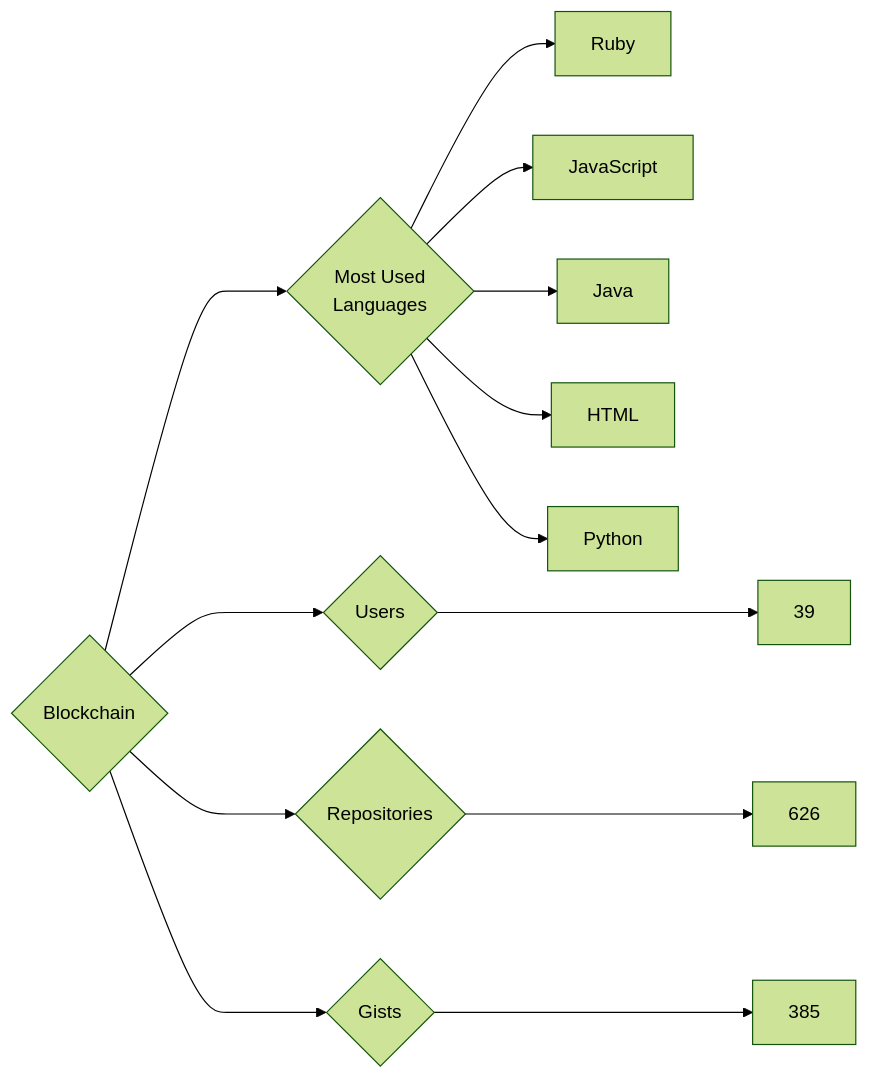
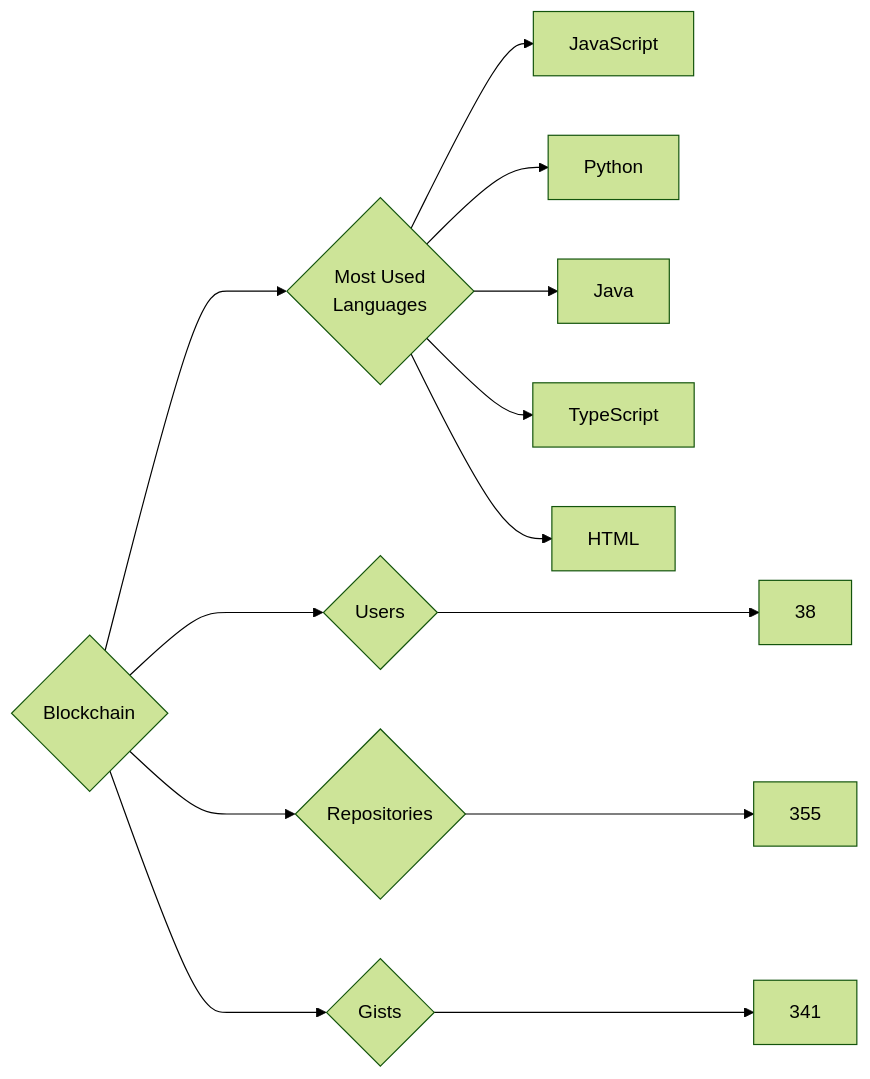
Before and after one commit to trickest/insiders: the diagram in targets/Blockchain/README.md, drawn with Mermaid (forest theme). The commit also changed 965 other files, not shown here.

````diff
--- a/targets/Blockchain/README.md
+++ b/targets/Blockchain/README.md
@@ -3,13 +3,13 @@
 ```mermaid
 graph LR
 COMPANY_NAME{Blockchain}
-COMPANY_NAME ---> U{Users} ---> UN[39]
-COMPANY_NAME ---> R{Repositories} ---> RN[626]
-COMPANY_NAME ---> G{Gists} ---> GN[385]
+COMPANY_NAME ---> U{Users} ---> UN[38]
+COMPANY_NAME ---> R{Repositories} ---> RN[355]
+COMPANY_NAME ---> G{Gists} ---> GN[341]
 COMPANY_NAME ---> ML{Most Used<br>Languages}
-ML --> Ruby[Ruby]
 ML --> JavaScript[JavaScript]
+ML --> Python[Python]
 ML --> Java[Java]
+ML --> TypeScript[TypeScript]
 ML --> HTML[HTML]
-ML --> Python[Python]
 ```
````
